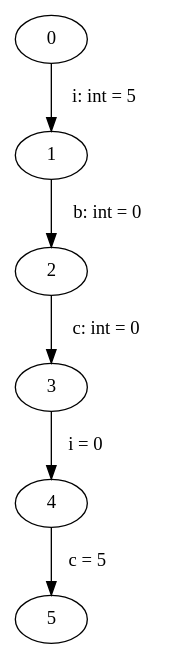
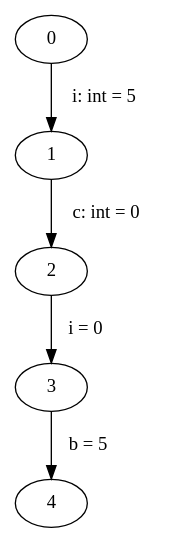
One commit to FloKes/ProgramAnalysis changed the diagram in src/main/java/graphviz/input.dot. Above: the diagram before and after it, drawn with Graphviz. The commit also changed 8 other files, not shown here.

Commit message:
Program graph now constructed using visitor pattern

```diff
--- a/src/main/java/graphviz/input.dot
+++ b/src/main/java/graphviz/input.dot
@@ -1,7 +1,6 @@
 digraph ProgramGraph{
 "0" -> "1" [label="  i: int = 5   "] 
-"1" -> "2" [label="  b: int = 0   "] 
-"2" -> "3" [label="  c: int = 0   "] 
-"3" -> "4" [label="  i = 0   "] 
-"4" -> "5" [label="  c = 5   "] 
+"1" -> "2" [label="  c: int = 0   "] 
+"2" -> "3" [label="  i = 0   "] 
+"3" -> "4" [label="  b = 5   "] 
 }
```
